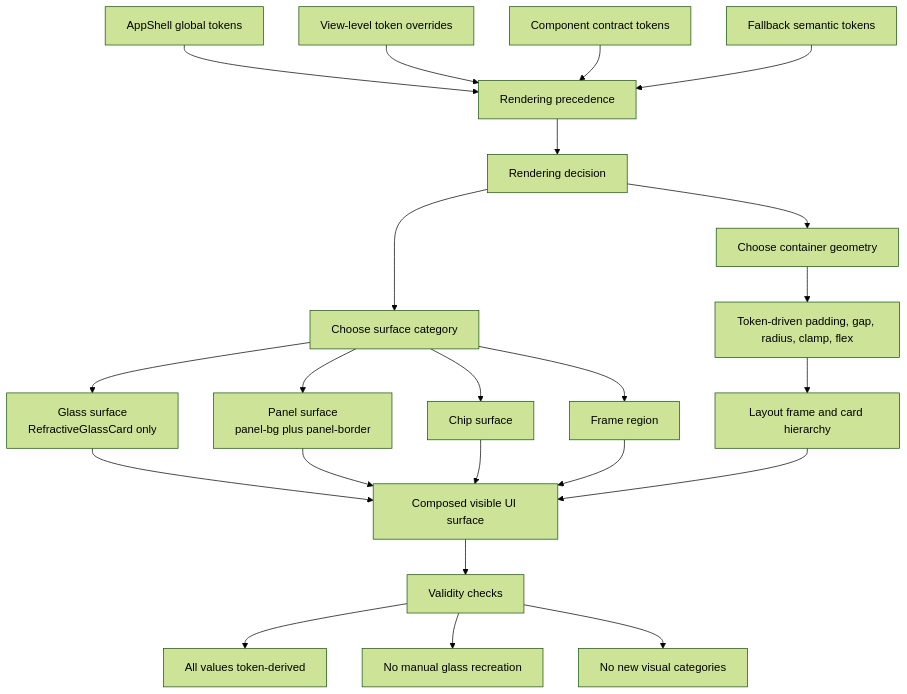
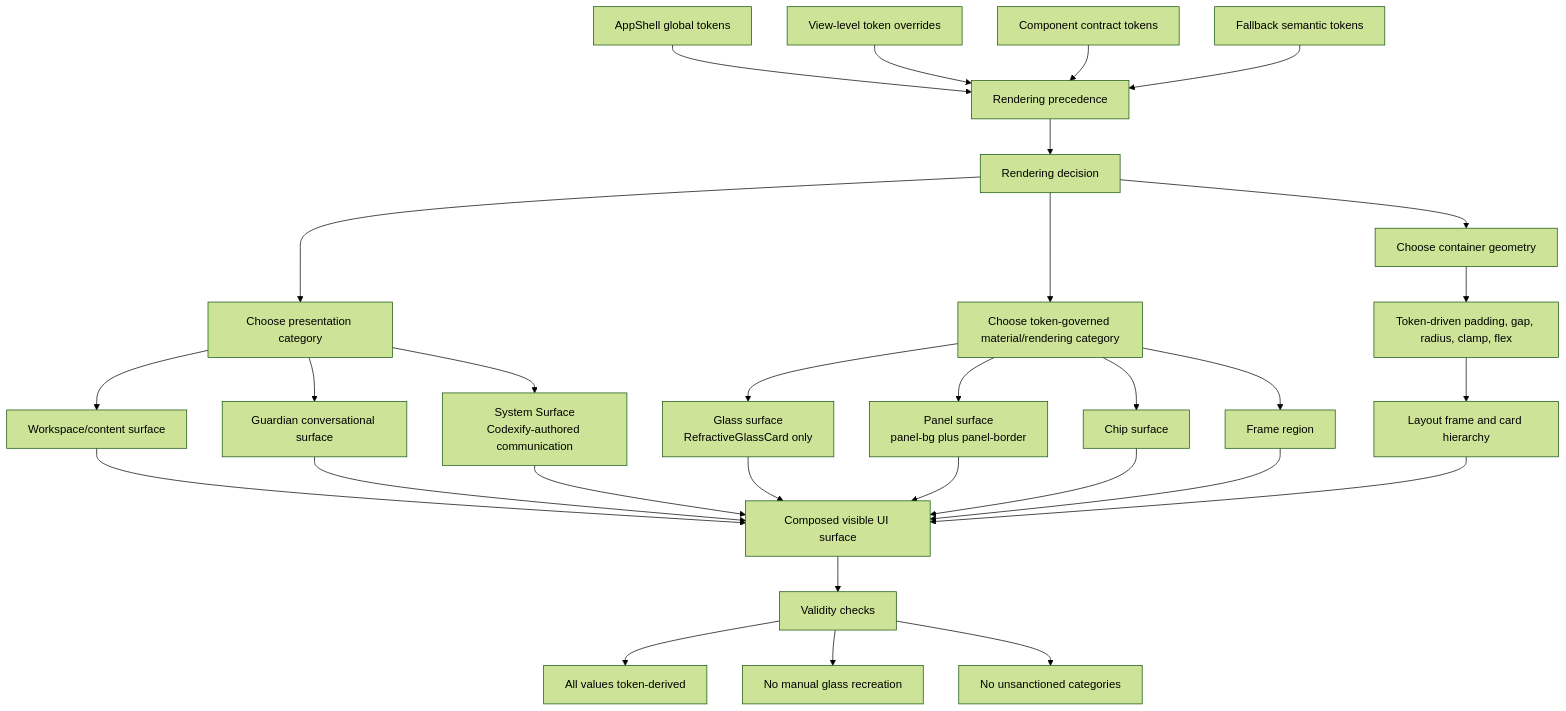
One commit to Resonant-Jones/Codexify changed the fourth of 5 diagrams in docs/architecture/ui-diagrams-v1.md. Above: the diagram before and after it, drawn with Mermaid (forest theme). The commit also changed other lines of this file and 4 other files, not shown here.

Commit message:
Define Codexify System Surface design language

````diff
--- a/docs/architecture/ui-diagrams-v1.md
+++ b/docs/architecture/ui-diagrams-v1.md
@@ -261,25 +262,32 @@
 ```mermaid
 flowchart TD
     A["AppShell global tokens"] --> B["Rendering precedence"]
     C["View-level token overrides"] --> B
     D["Component contract tokens"] --> B
     E["Fallback semantic tokens"] --> B
     B --> F["Rendering decision"]
-    F --> G["Choose surface category"]
-    G --> H["Glass surface<br/>RefractiveGlassCard only"]
-    G --> I["Panel surface<br/>panel-bg plus panel-border"]
-    G --> J["Chip surface"]
-    G --> K["Frame region"]
-    F --> L["Choose container geometry"]
-    L --> M["Token-driven padding, gap, radius, clamp, flex"]
-    M --> N["Layout frame and card hierarchy"]
-    H --> O["Composed visible UI surface"]
-    I --> O
-    J --> O
-    K --> O
-    N --> O
-    O --> P["Validity checks"]
-    P --> Q["All values token-derived"]
-    P --> R["No manual glass recreation"]
-    P --> S["No new visual categories"]
+    F --> G["Choose presentation category"]
+    G --> H["Workspace/content surface"]
+    G --> I["Guardian conversational surface"]
+    G --> J["System Surface<br/>Codexify-authored communication"]
+    F --> L["Choose token-governed material/rendering category"]
+    L --> M["Glass surface<br/>RefractiveGlassCard only"]
+    L --> N["Panel surface<br/>panel-bg plus panel-border"]
+    L --> P["Chip surface"]
+    L --> R["Frame region"]
+    F --> S["Choose container geometry"]
+    S --> T["Token-driven padding, gap, radius, clamp, flex"]
+    T --> U["Layout frame and card hierarchy"]
+    H --> V["Composed visible UI surface"]
+    I --> V
+    J --> V
+    M --> V
+    N --> V
+    P --> V
+    R --> V
+    U --> V
+    V --> W["Validity checks"]
+    W --> X["All values token-derived"]
+    W --> Y["No manual glass recreation"]
+    W --> Z["No unsanctioned categories"]
 ```
````
